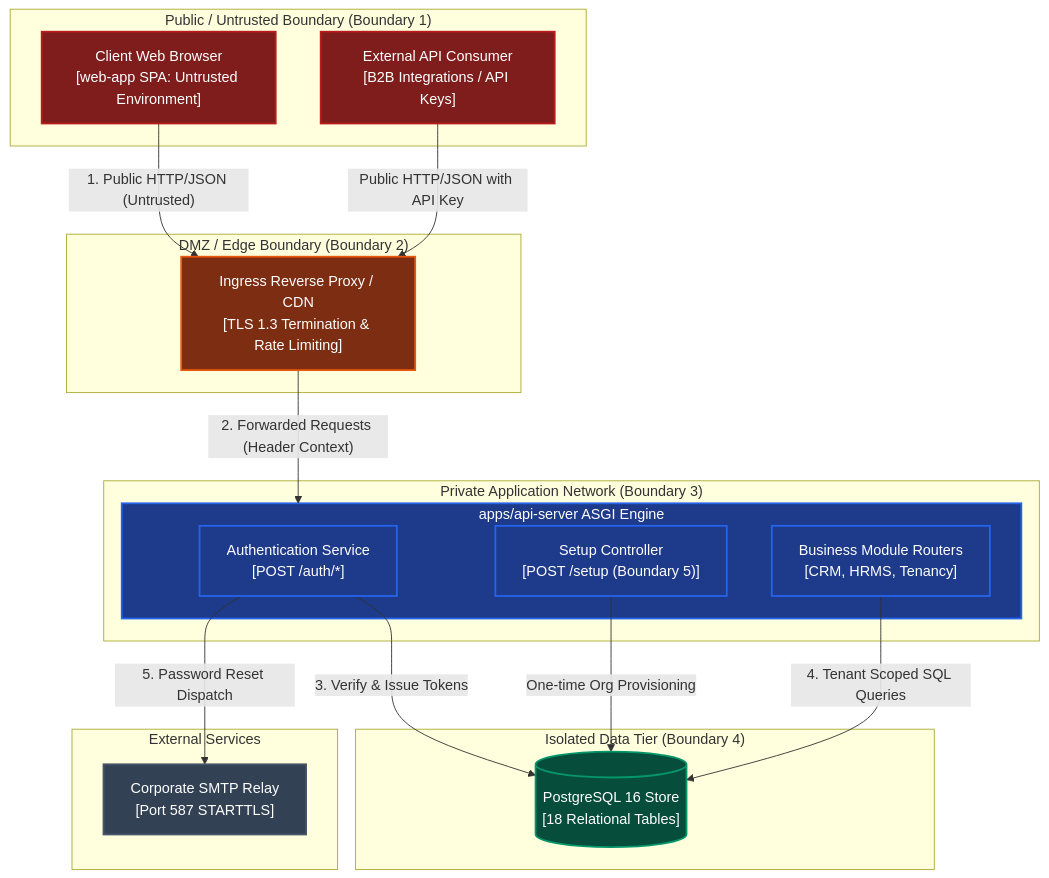
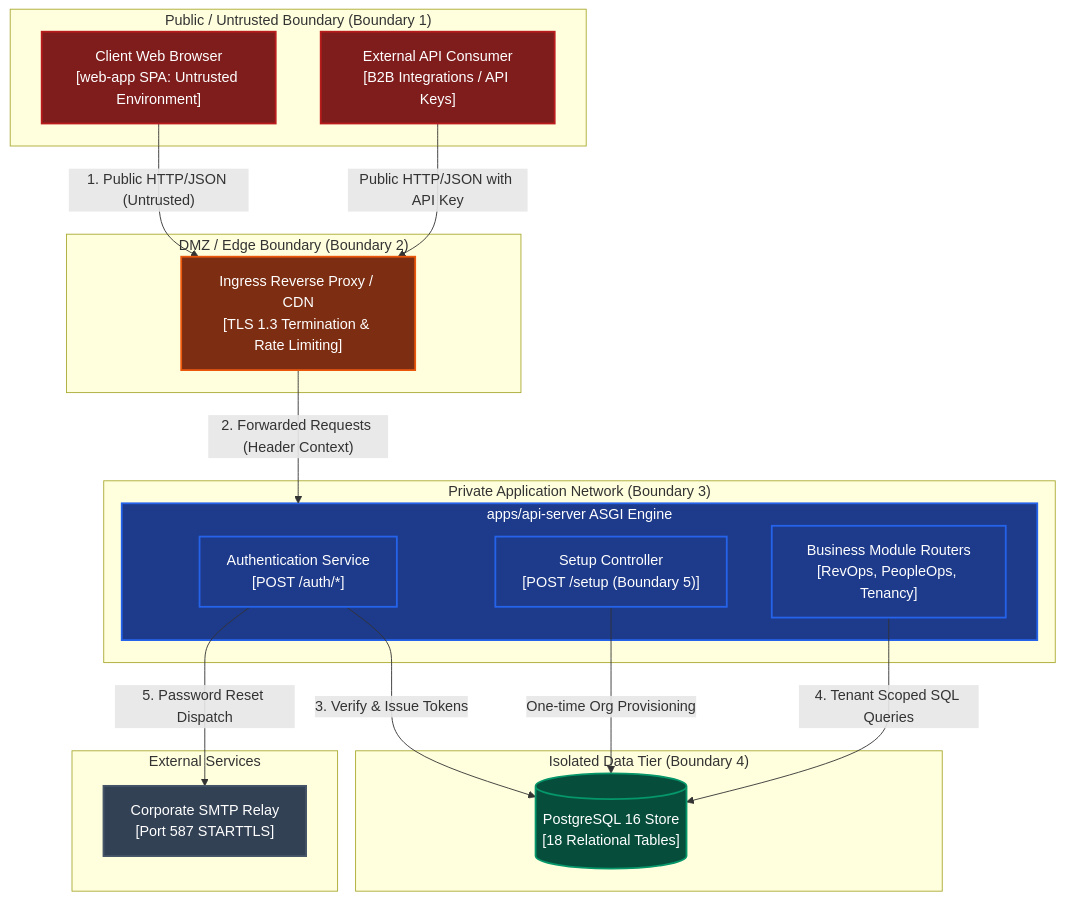
The diagram in apps/landing/content/dev-docs/architecture/threat-model.mdx (innostes-dev/erp), drawn with Mermaid before and after one commit. The commit also changed 189 other files, not shown here.

Commit message:
feat(modules): adopt hybrid naming convention, implement 7 module dashboards, and remove legacy CRM/HRMS identifiers

````diff
--- a/apps/landing/content/dev-docs/architecture/threat-model.mdx
+++ b/apps/landing/content/dev-docs/architecture/threat-model.mdx
@@ -29,48 +29,48 @@
 ```mermaid
 flowchart TD
   subgraph PublicZone["Public / Untrusted Boundary (Boundary 1)"]
     Browser["Client Web Browser\n[web-app SPA: Untrusted Environment]"]
     ExternalClient["External API Consumer\n[B2B Integrations / API Keys]"]
   end
 
   subgraph DmzZone["DMZ / Edge Boundary (Boundary 2)"]
     ReverseProxy["Ingress Reverse Proxy / CDN\n[TLS 1.3 Termination & Rate Limiting]"]
   end
 
   subgraph ServiceZone["Private Application Network (Boundary 3)"]
     subgraph ApiServerEngine["apps/api-server ASGI Engine"]
       AuthEndpoint["Authentication Service\n[POST /auth/*]"]
       SetupEndpoint["Setup Controller\n[POST /setup (Boundary 5)]"]
-      ModuleRouters["Business Module Routers\n[CRM, HRMS, Tenancy]"]
+      ModuleRouters["Business Module Routers\n[RevOps, PeopleOps, Tenancy]"]
     end
   end
 
   subgraph DataZone["Isolated Data Tier (Boundary 4)"]
     PostgresStore[("PostgreSQL 16 Store\n[18 Relational Tables]")]
   end
 
   subgraph ExternalRelayZone["External Services"]
     SmtpRelay["Corporate SMTP Relay\n[Port 587 STARTTLS]"]
   end
 
   Browser -- "1. Public HTTP/JSON (Untrusted)" --> ReverseProxy
   ExternalClient -- "Public HTTP/JSON with API Key" --> ReverseProxy
   ReverseProxy -- "2. Forwarded Requests (Header Context)" --> ApiServerEngine
   
   AuthEndpoint -- "3. Verify & Issue Tokens" --> PostgresStore
   SetupEndpoint -- "One-time Org Provisioning" --> PostgresStore
   ModuleRouters -- "4. Tenant Scoped SQL Queries" --> PostgresStore
   AuthEndpoint -- "5. Password Reset Dispatch" --> SmtpRelay
 
   classDef untrusted fill:#7f1d1d,stroke:#b91c1c,stroke-width:2px,color:#ffffff;
   classDef dmz fill:#7c2d12,stroke:#ea580c,stroke-width:2px,color:#ffffff;
   classDef app fill:#1e3a8a,stroke:#2563eb,stroke-width:2px,color:#ffffff;
   classDef data fill:#064e3b,stroke:#059669,stroke-width:2px,color:#ffffff;
   classDef ext fill:#334155,stroke:#475569,stroke-width:2px,color:#ffffff;
 
   class Browser,ExternalClient untrusted;
   class ReverseProxy dmz;
   class ApiServerEngine,AuthEndpoint,SetupEndpoint,ModuleRouters app;
   class PostgresStore data;
   class SmtpRelay ext;
 ```
````
